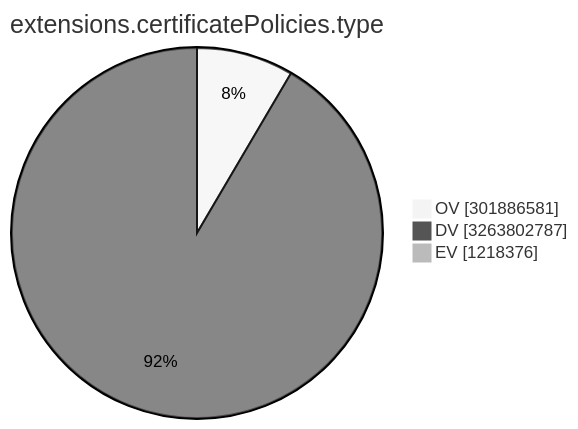
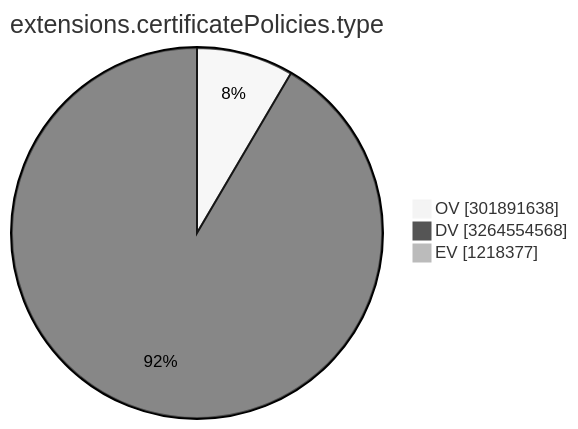
Before and after one commit to christiankrug/ctmonitor_visualization: the ninth of 15 diagrams in TOTAL/README.md, drawn with Mermaid (neutral theme). The commit also changed other lines of this file, not shown here.

````diff
--- a/TOTAL/README.md
+++ b/TOTAL/README.md
@@ -3107,7 +3107,7 @@
 ```mermaid
 pie showData
 title extensions.certificatePolicies.type
-"OV" :301886581
-"DV" :3263802787
-"EV" :1218376
+"OV" :301891638
+"DV" :3264554568
+"EV" :1218377
 ```
````
